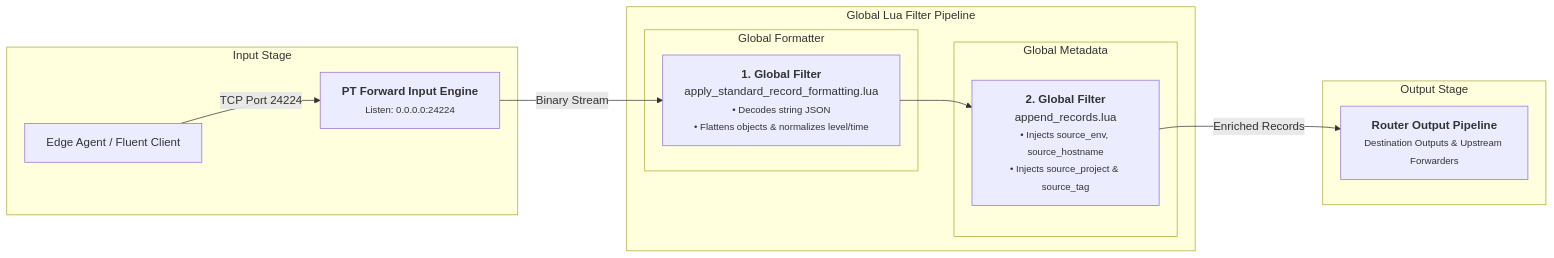
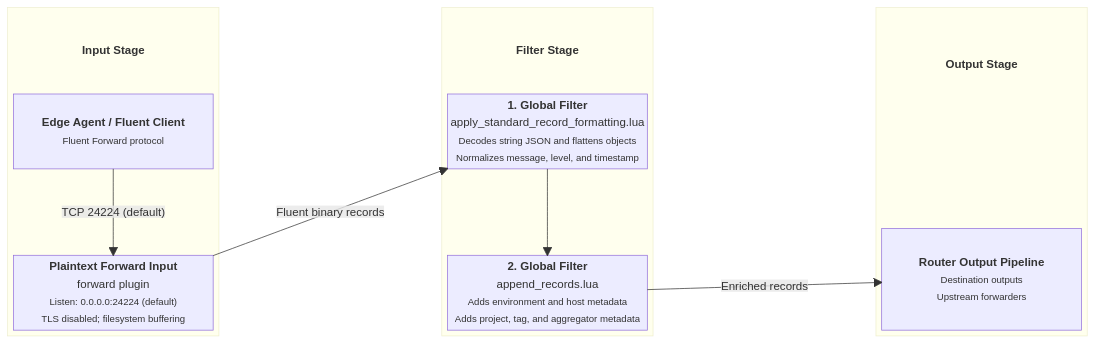
The diagram in docs/input-pt-forward.md (Josh5/fluent-bit-router), drawn with Mermaid before and after one commit. The commit also changed 11 other files, not shown here.

Commit message:
Improvements to the mermaid diagrams

````diff
--- a/docs/input-pt-forward.md
+++ b/docs/input-pt-forward.md
@@ -48,35 +48,40 @@
 ```mermaid
-flowchart LR
-    %% TOP BLOCK: INPUT STAGE
-    subgraph InputStage [Input Stage]
-        A["Edge Agent / Fluent Client"] -->|TCP Port 24224| B["<b>PT Forward Input Engine</b><br><small>Listen: 0.0.0.0:24224</small>"]
+block-beta
+    columns 5
+
+    block:InputStage
+        columns 1
+        InputTitle["<b>Input Stage</b>"]
+        A["<b>Edge Agent / Fluent Client</b><br/><small>Fluent Forward protocol</small>"]
+        space
+        B["<b>Plaintext Forward Input</b><br/>forward plugin<br/><small>Listen: 0.0.0.0:24224 (default)<br/>TLS disabled; filesystem buffering</small>"]
     end
 
-    %% Drop down connection to filter pipeline
-    B -->|Binary Stream| C
+    space
 
-    %% MIDDLE BLOCK: LUA FILTER PIPELINE
-    subgraph FilterPipeline [Global Lua Filter Pipeline]
-        subgraph GlobalFormatting [Global Formatter]
-            C["<b>1. Global Filter</b><br>apply_standard_record_formatting.lua<br><small>• Decodes string JSON<br>• Flattens objects & normalizes level/time</small>"]
-        end
-
-        C --> D
-
-        subgraph GlobalEnrichment [Global Metadata]
-            D["<b>2. Global Filter</b><br>append_records.lua<br><small>• Injects source_env, source_hostname<br>• Injects source_project & source_tag</small>"]
-        end
+    block:FilterStage
+        columns 1
+        FilterTitle["<b>Filter Stage</b>"]
+        C["<b>1. Global Filter</b><br/>apply_standard_record_formatting.lua<br/><small>Decodes string JSON and flattens objects<br/>Normalizes message, level, and timestamp</small>"]
+        space
+        D["<b>2. Global Filter</b><br/>append_records.lua<br/><small>Adds environment and host metadata<br/>Adds project, tag, and aggregator metadata</small>"]
     end
 
-    %% Drop down connection to output stage
-    D -->|Enriched Records| E
+    space
 
-    %% BOTTOM BLOCK: OUTPUT STAGE
-    subgraph OutputStage [Output Stage]
-        E["<b>Router Output Pipeline</b><br><small>Destination Outputs & Upstream Forwarders</small>"]
+    block:OutputStage
+        columns 1
+        OutputTitle["<b>Output Stage</b>"]
+        space
+        E["<b>Router Output Pipeline</b><br/><small>Destination outputs<br/>Upstream forwarders</small>"]
     end
 
-    %% Structural layout constraints
-    InputStage ~~~ FilterPipeline
-    FilterPipeline ~~~ OutputStage
+    A -- "TCP 24224 (default)" --> B
+    B -- "Fluent binary records" --> C
+    C --> D
+    D -- "Enriched records" --> E
+
+    style InputTitle fill:none,stroke:none
+    style FilterTitle fill:none,stroke:none
+    style OutputTitle fill:none,stroke:none
 ```
````
